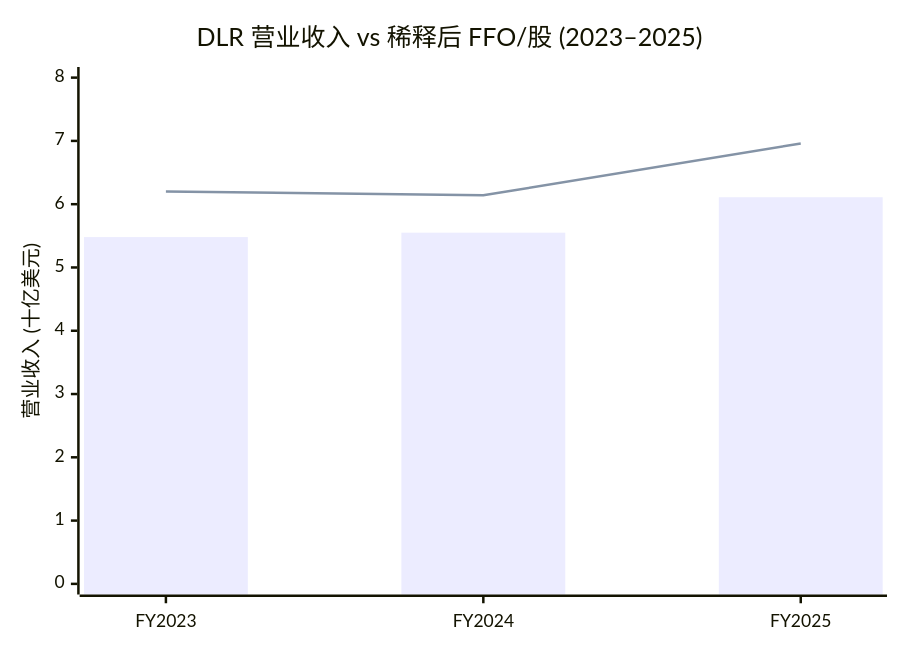
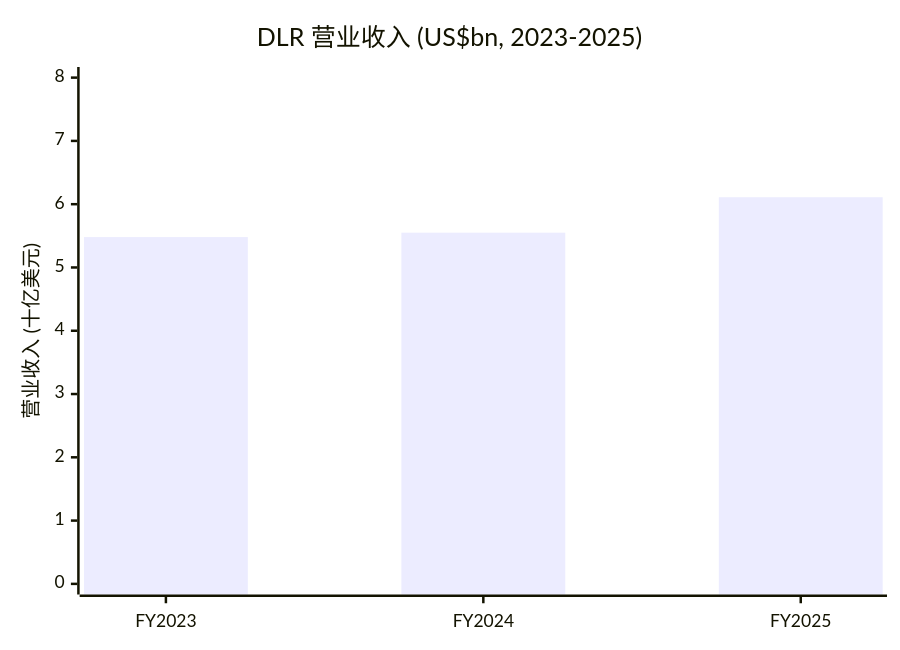
Before and after one commit to dadachundan/financial_agent: the first of 7 diagrams in reports/company/DigitalRealty_NYSE_DLR/DigitalRealty_NYSE_DLR_公司研究.md, drawn with Mermaid. The commit also changed other lines of this file and 9 other files, not shown here.

````diff
--- a/reports/company/DigitalRealty_NYSE_DLR/DigitalRealty_NYSE_DLR_公司研究.md
+++ b/reports/company/DigitalRealty_NYSE_DLR/DigitalRealty_NYSE_DLR_公司研究.md
@@ -39,8 +224,7 @@
 ```mermaid
 xychart-beta
-    title "DLR 营业收入 vs 稀释后 FFO/股 (2023–2025)"
+    title "DLR 营业收入 (US$bn, 2023-2025)"
     x-axis [FY2023, FY2024, FY2025]
     y-axis "营业收入 (十亿美元)" 0 --> 8
     bar [5.48, 5.55, 6.11]
-    line [6.20, 6.14, 6.96]
 ```
````
